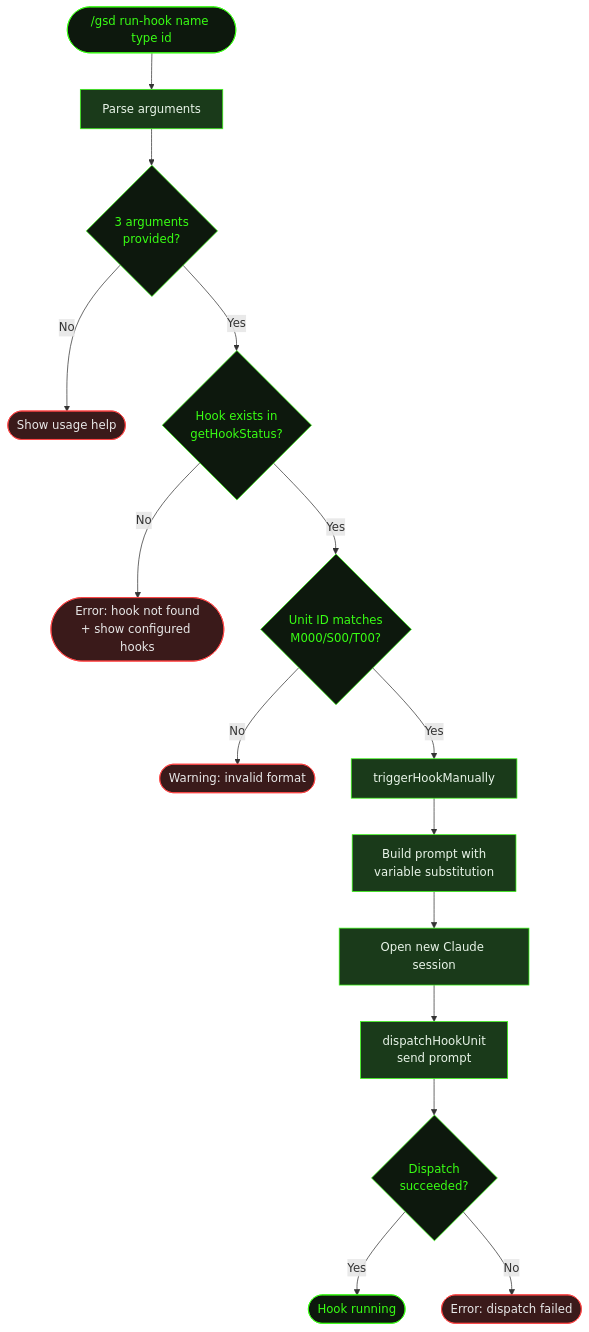
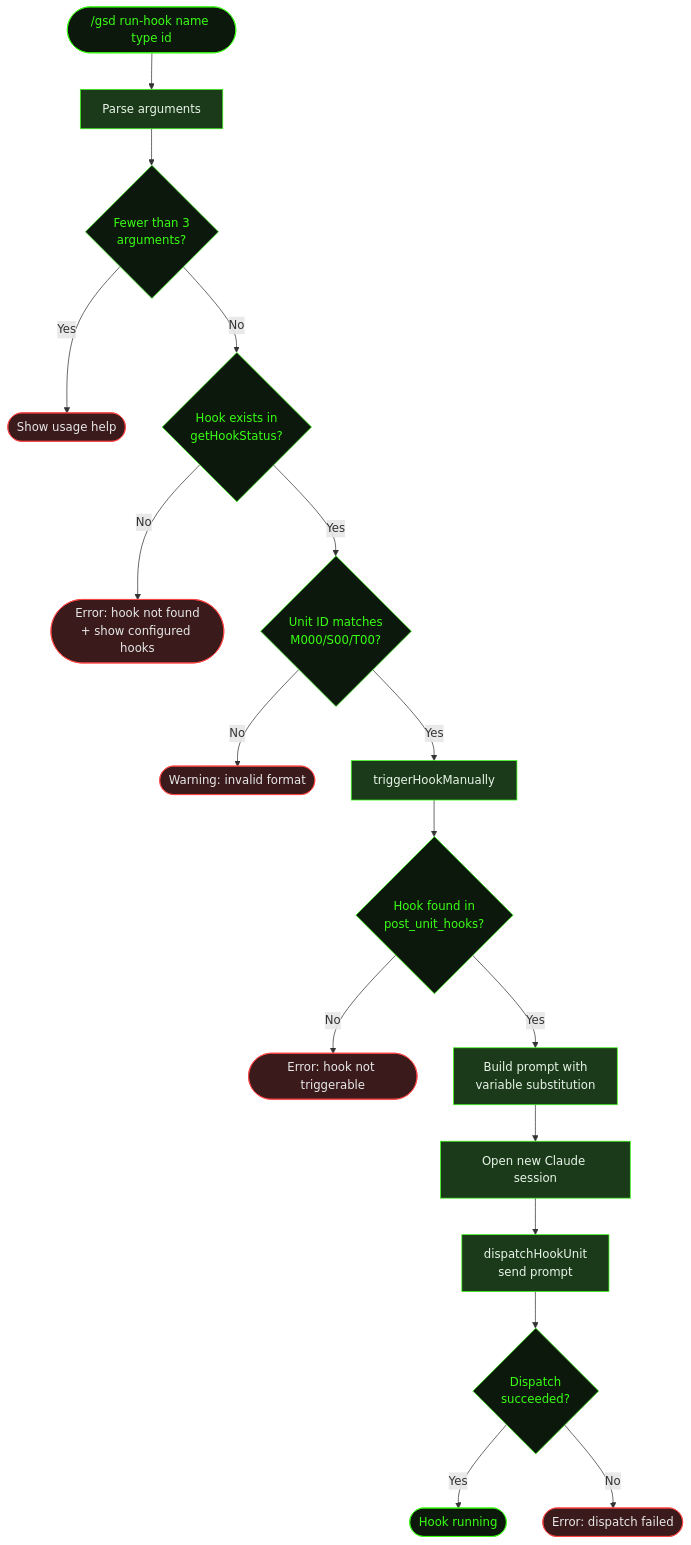
The diagram in src/content/docs/commands/run-hook.mdx (shusha-group/gsd2-guide), drawn with Mermaid before and after one commit. The commit also changed other lines of this file and 33 other files, not shown here.

````diff
--- a/src/content/docs/commands/run-hook.mdx
+++ b/src/content/docs/commands/run-hook.mdx
@@ -44,33 +44,37 @@
 ```mermaid
 flowchart TD
     Start(["/gsd run-hook name type id"]) --> Parse[Parse arguments]
-    Parse --> ArgCheck{3 arguments<br/>provided?}
-    ArgCheck -->|No| UsageErr([Show usage help])
-    ArgCheck -->|Yes| HookCheck{Hook exists in<br/>getHookStatus?}
+    Parse --> ArgCheck{Fewer than 3<br/>arguments?}
+    ArgCheck -->|Yes| UsageErr([Show usage help])
+    ArgCheck -->|No| HookCheck{Hook exists in<br/>getHookStatus?}
     HookCheck -->|No| NotFound([Error: hook not found<br/>+ show configured hooks])
     HookCheck -->|Yes| IdCheck{Unit ID matches<br/>M000/S00/T00?}
     IdCheck -->|No| IdErr([Warning: invalid format])
     IdCheck -->|Yes| Trigger[triggerHookManually]
-    Trigger --> Build[Build prompt with<br/>variable substitution]
+    Trigger --> PostCheck{Hook found in<br/>post_unit_hooks?}
+    PostCheck -->|No| TriggerFail([Error: hook not triggerable])
+    PostCheck -->|Yes| Build[Build prompt with<br/>variable substitution]
     Build --> NewSession[Open new Claude session]
     NewSession --> Dispatch[dispatchHookUnit<br/>send prompt]
     Dispatch --> Result{Dispatch<br/>succeeded?}
     Result -->|Yes| Done([Hook running])
     Result -->|No| Fail([Error: dispatch failed])
 
     style Start fill:#0d180d,stroke:#39ff14,color:#39ff14
     style Parse fill:#1a3a1a,stroke:#39ff14,color:#e8f4e8
     style ArgCheck fill:#0d180d,stroke:#39ff14,color:#39ff14
     style UsageErr fill:#3a1a1a,stroke:#ff4444,color:#e8e8e8
     style HookCheck fill:#0d180d,stroke:#39ff14,color:#39ff14
     style NotFound fill:#3a1a1a,stroke:#ff4444,color:#e8e8e8
     style IdCheck fill:#0d180d,stroke:#39ff14,color:#39ff14
     style IdErr fill:#3a1a1a,stroke:#ff4444,color:#e8e8e8
     style Trigger fill:#1a3a1a,stroke:#39ff14,color:#e8f4e8
+    style PostCheck fill:#0d180d,stroke:#39ff14,color:#39ff14
+    style TriggerFail fill:#3a1a1a,stroke:#ff4444,color:#e8e8e8
     style Build fill:#1a3a1a,stroke:#39ff14,color:#e8f4e8
     style NewSession fill:#1a3a1a,stroke:#39ff14,color:#e8f4e8
     style Dispatch fill:#1a3a1a,stroke:#39ff14,color:#e8f4e8
     style Result fill:#0d180d,stroke:#39ff14,color:#39ff14
     style Done fill:#0d180d,stroke:#39ff14,color:#39ff14
     style Fail fill:#3a1a1a,stroke:#ff4444,color:#e8e8e8
 ```
````
